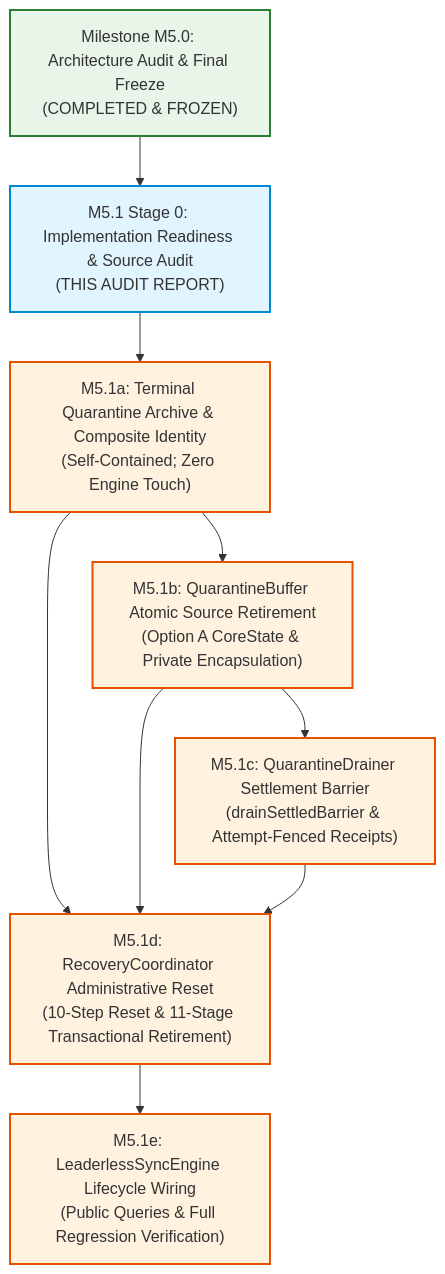
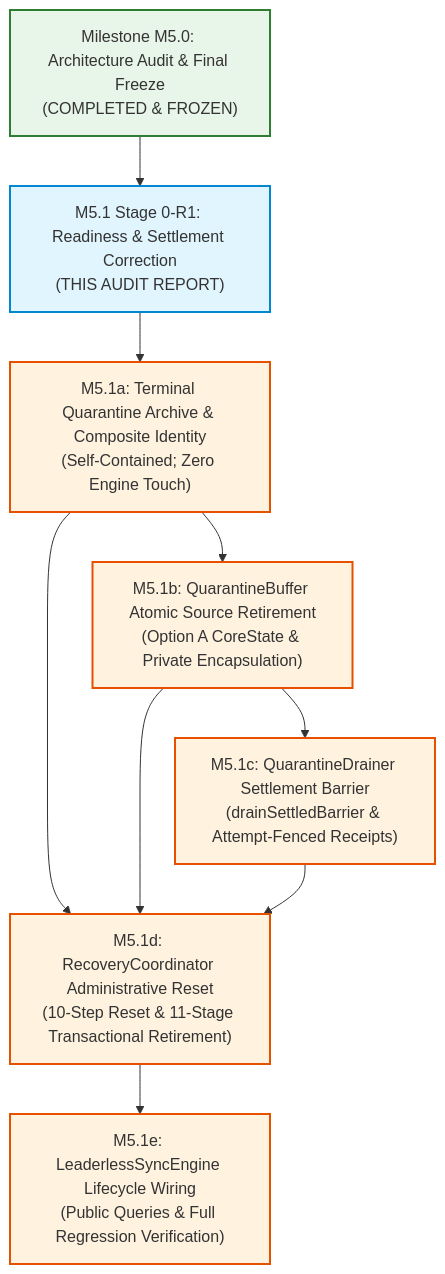
Before and after one commit to Tejdeepakchandra/SyncPlay_Protocol: the second of 2 diagrams in docs/PHASE7_5_M5_1_STAGE0_IMPLEMENTATION_READINESS_REPORT.md, drawn with Mermaid. The commit also changed other lines of this file, not shown here.

Commit message:
docs(phase-7.5-m5.1): stage 0-r1 settlement barrier semantics and watchdog separation correction

````diff
--- a/docs/PHASE7_5_M5_1_STAGE0_IMPLEMENTATION_READINESS_REPORT.md
+++ b/docs/PHASE7_5_M5_1_STAGE0_IMPLEMENTATION_READINESS_REPORT.md
@@ -321,19 +276,19 @@
 ```mermaid
 flowchart TD
-    M5_0["Milestone M5.0: Architecture Audit & Final Freeze<br/>(COMPLETED & FROZEN)"] --> M5_1_Stage0["M5.1 Stage 0: Implementation Readiness & Source Audit<br/>(THIS AUDIT REPORT)"]
+    M5_0["Milestone M5.0: Architecture Audit & Final Freeze<br/>(COMPLETED & FROZEN)"] --> M5_1_Stage0["M5.1 Stage 0-R1: Readiness & Settlement Correction<br/>(THIS AUDIT REPORT)"]
     M5_1_Stage0 --> M5_1a["M5.1a: Terminal Quarantine Archive & Composite Identity<br/>(Self-Contained; Zero Engine Touch)"]
     M5_1a --> M5_1b["M5.1b: QuarantineBuffer Atomic Source Retirement<br/>(Option A CoreState & Private Encapsulation)"]
     M5_1b --> M5_1c["M5.1c: QuarantineDrainer Settlement Barrier<br/>(drainSettledBarrier & Attempt-Fenced Receipts)"]
     M5_1a --> M5_1d["M5.1d: RecoveryCoordinator Administrative Reset<br/>(10-Step Reset & 11-Stage Transactional Retirement)"]
     M5_1b --> M5_1d
     M5_1c --> M5_1d
     M5_1d --> M5_1e["M5.1e: LeaderlessSyncEngine Lifecycle Wiring<br/>(Public Queries & Full Regression Verification)"]
 
     style M5_0 fill:#e8f5e9,stroke:#2e7d32,stroke-width:2px
     style M5_1_Stage0 fill:#e1f5fe,stroke:#0288d1,stroke-width:2px
     style M5_1a fill:#fff3e0,stroke:#e65100,stroke-width:2px
     style M5_1b fill:#fff3e0,stroke:#e65100,stroke-width:2px
     style M5_1c fill:#fff3e0,stroke:#e65100,stroke-width:2px
     style M5_1d fill:#fff3e0,stroke:#e65100,stroke-width:2px
     style M5_1e fill:#fff3e0,stroke:#e65100,stroke-width:2px
 ```
````
